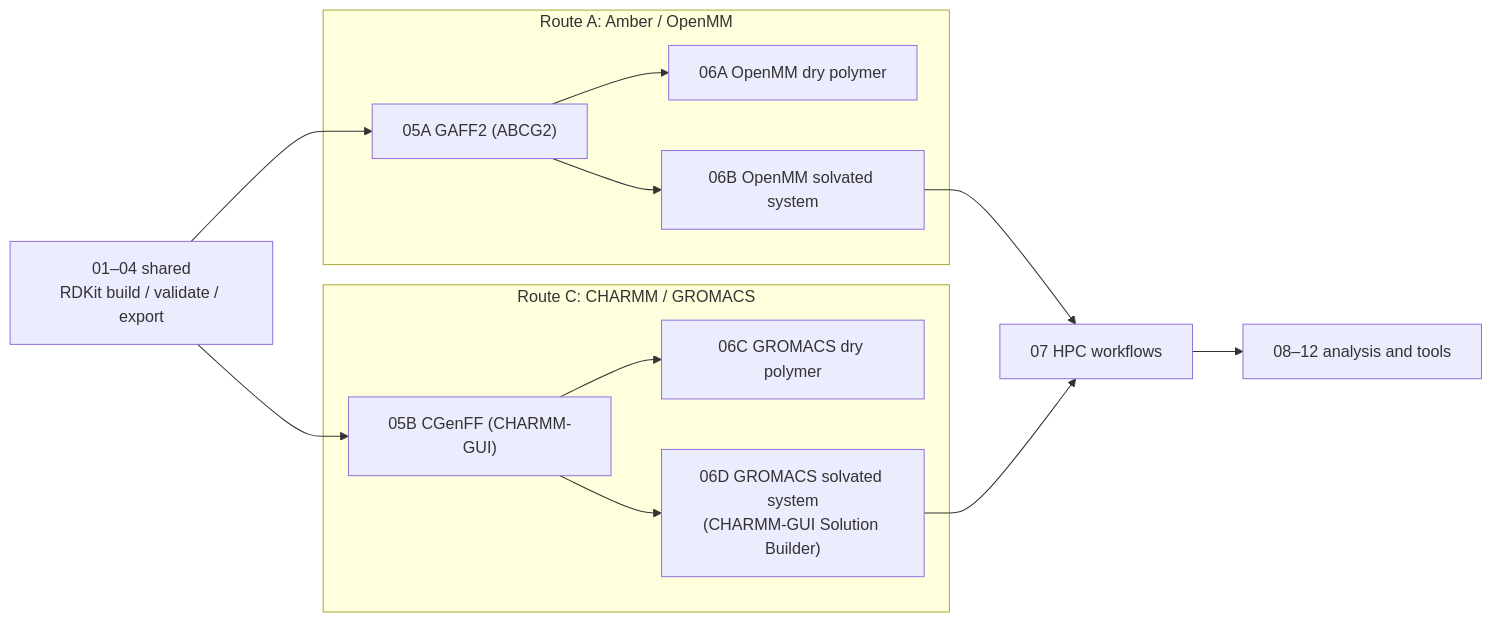
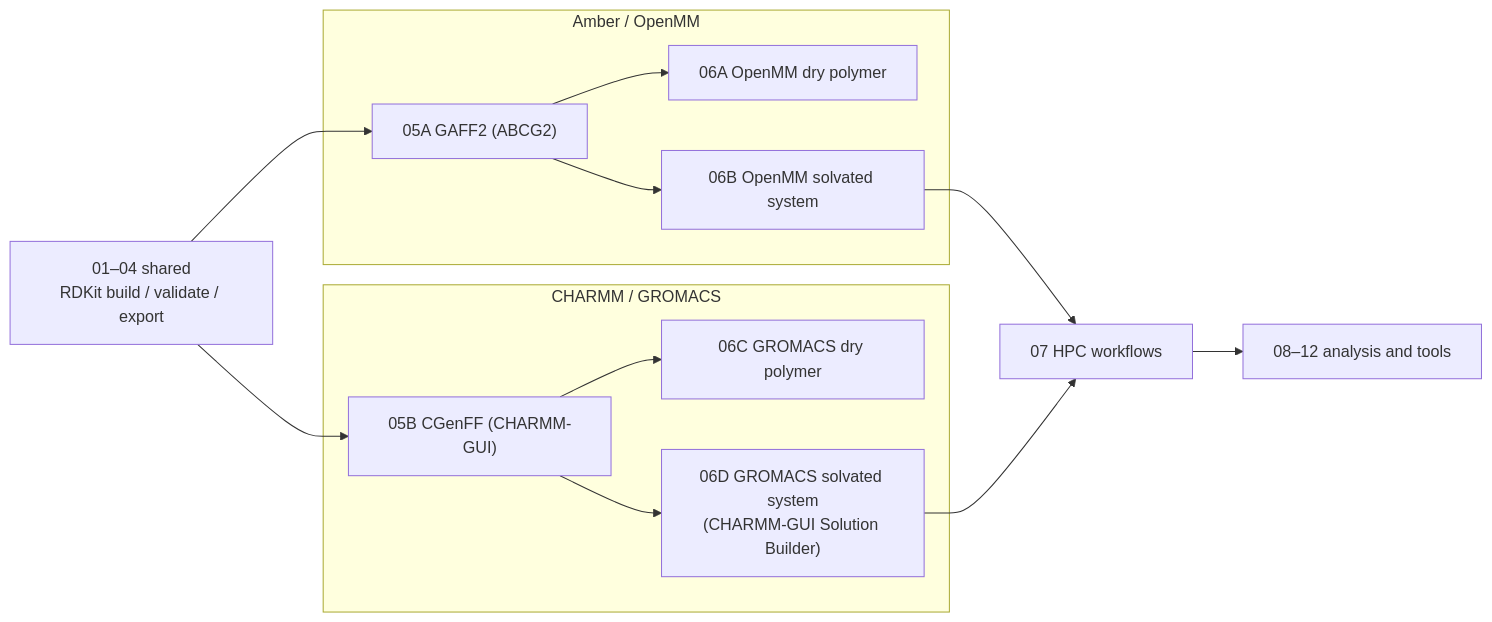
One commit to DanielYyork/iPHAsimulatorV2 changed the diagram in notebooks/README.md. Above: the diagram before and after it, drawn with Mermaid. The commit also changed other lines of this file and 28 other files, not shown here.

First line of the commit message:
Replace "Route A"/"Route C" labels with Amber/OpenMM and CHARMM/GROMACS

````diff
--- a/notebooks/README.md
+++ b/notebooks/README.md
@@ -32,17 +32,17 @@
 ```mermaid
 flowchart LR
     S["01–04 shared<br/>RDKit build / validate / export"]
     S --> A5["05A GAFF2 (ABCG2)"]
     S --> C5["05B CGenFF (CHARMM-GUI)"]
-    subgraph RA["Route A: Amber / OpenMM"]
+    subgraph RA["Amber / OpenMM"]
         A5 --> A6["06A OpenMM dry polymer"]
         A5 --> A7["06B OpenMM solvated system"]
     end
-    subgraph RC["Route C: CHARMM / GROMACS"]
+    subgraph RC["CHARMM / GROMACS"]
         C5 --> C6["06C GROMACS dry polymer"]
         C5 --> C7["06D GROMACS solvated system<br/>(CHARMM-GUI Solution Builder)"]
     end
     A7 --> H["07 HPC workflows"]
     C7 --> H
     H --> X["08–12 analysis and tools"]
 ```
````
